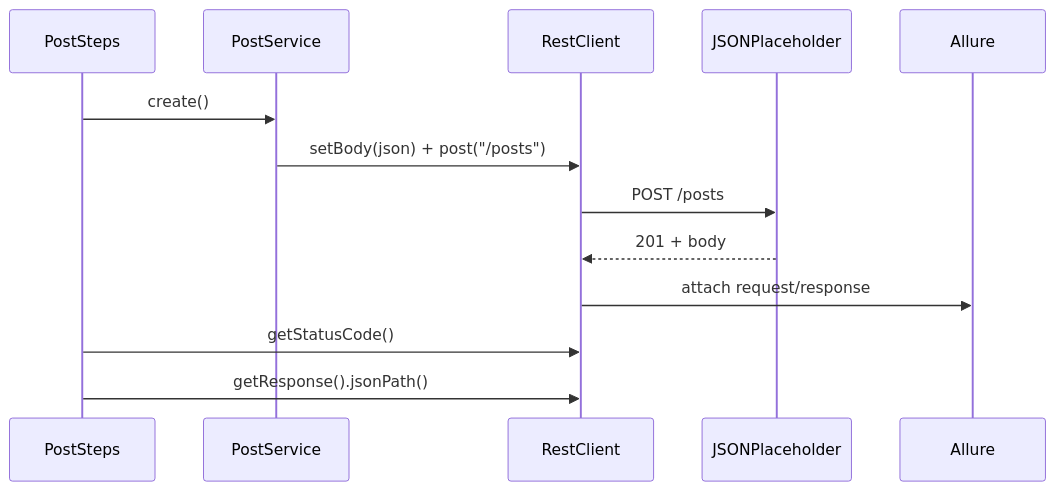
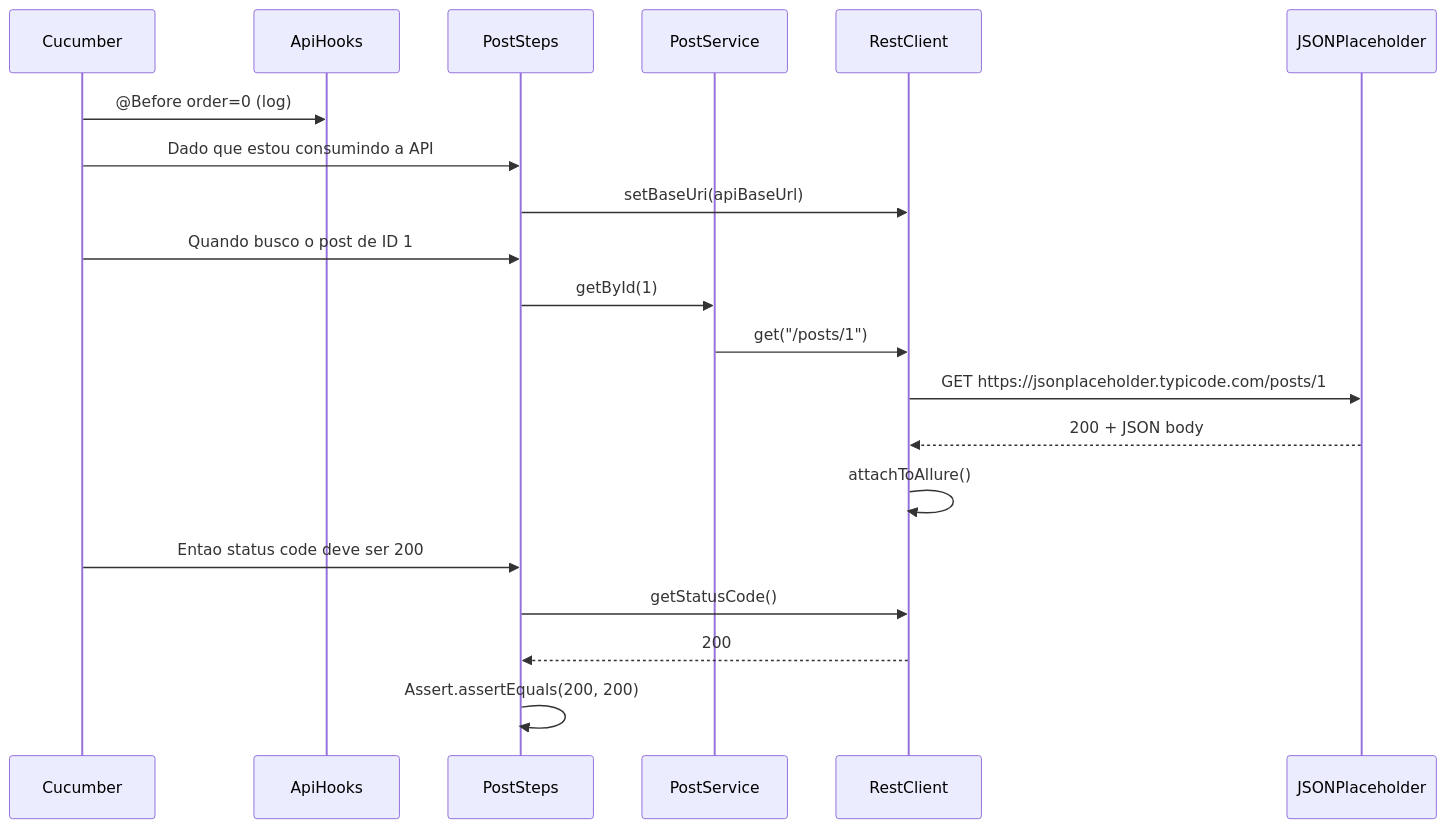
Before and after one commit to aline-nory/selenium-restassured-cucumber-kiro-github-actions: the fifth of 9 diagrams in DOCUMENTATION.md, drawn with Mermaid. The commit also changed other lines of this file, not shown here.

Commit message:
documentacao final: 5 modulos, formato curso PDF, instrucoes VS Code

````diff
--- a/DOCUMENTATION.md
+++ b/DOCUMENTATION.md
@@ -617,16 +1141,23 @@
 ```mermaid
 sequenceDiagram
-    participant Step as PostSteps
-    participant Svc as PostService
-    participant RC as RestClient
+    participant CUC as Cucumber
+    participant HOOK as ApiHooks
+    participant STEP as PostSteps
+    participant SVC as PostService
+    participant CLI as RestClient
     participant API as JSONPlaceholder
-    participant AL as Allure
 
-    Step->>Svc: create()
-    Svc->>RC: setBody(json) + post("/posts")
-    RC->>API: POST /posts
-    API-->>RC: 201 + body
-    RC->>AL: attach request/response
-    Step->>RC: getStatusCode()
-    Step->>RC: getResponse().jsonPath()
+    CUC->>HOOK: @Before order=0 (log)
+    CUC->>STEP: Dado que estou consumindo a API
+    STEP->>CLI: setBaseUri(apiBaseUrl)
+    CUC->>STEP: Quando busco o post de ID 1
+    STEP->>SVC: getById(1)
+    SVC->>CLI: get("/posts/1")
+    CLI->>API: GET https://jsonplaceholder.typicode.com/posts/1
+    API-->>CLI: 200 + JSON body
+    CLI->>CLI: attachToAllure()
+    CUC->>STEP: Entao status code deve ser 200
+    STEP->>CLI: getStatusCode()
+    CLI-->>STEP: 200
+    STEP->>STEP: Assert.assertEquals(200, 200)
 ```
````
